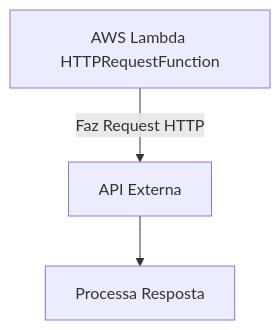
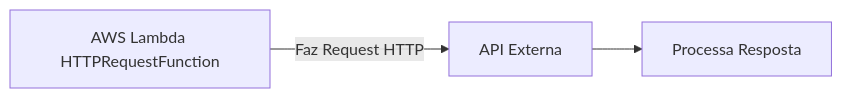
One commit to lvgalvao/data-engineering-roadmap changed the third of 5 diagrams in Bootcamp - Cloud para dados/Aula_10/README.md. Above: the diagram before and after it, drawn with Mermaid. The commit also changed other lines of this file, not shown here.

````diff
--- a/Bootcamp - Cloud para dados/Aula_10/README.md
+++ b/Bootcamp - Cloud para dados/Aula_10/README.md
@@ -64,5 +82,5 @@
    ```mermaid
-   graph TD
+   graph LR
        Lambda3[AWS Lambda HTTPRequestFunction] -->|Faz Request HTTP| API[API Externa]
        API --> Process3[Processa Resposta]
    ```
````
